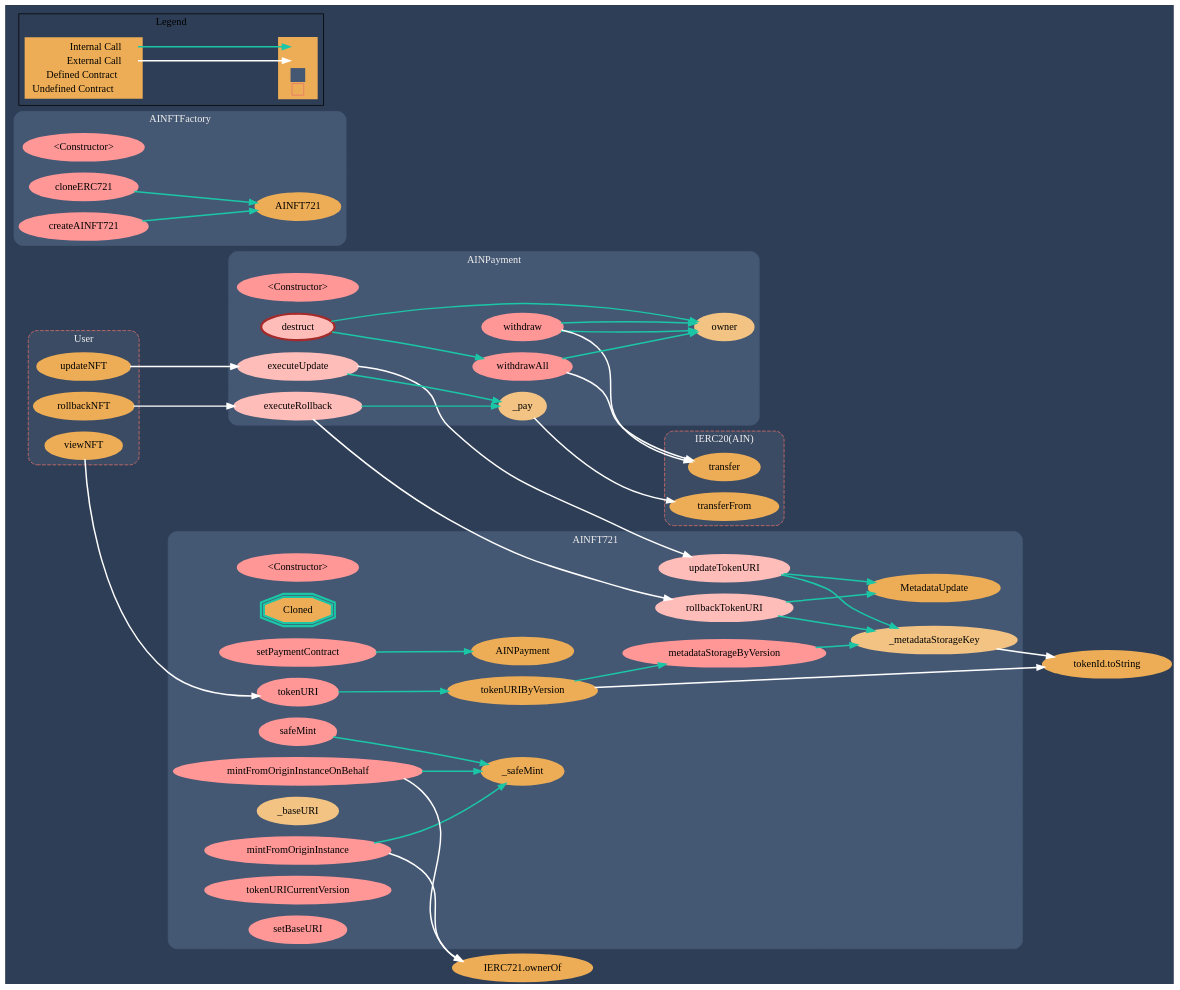
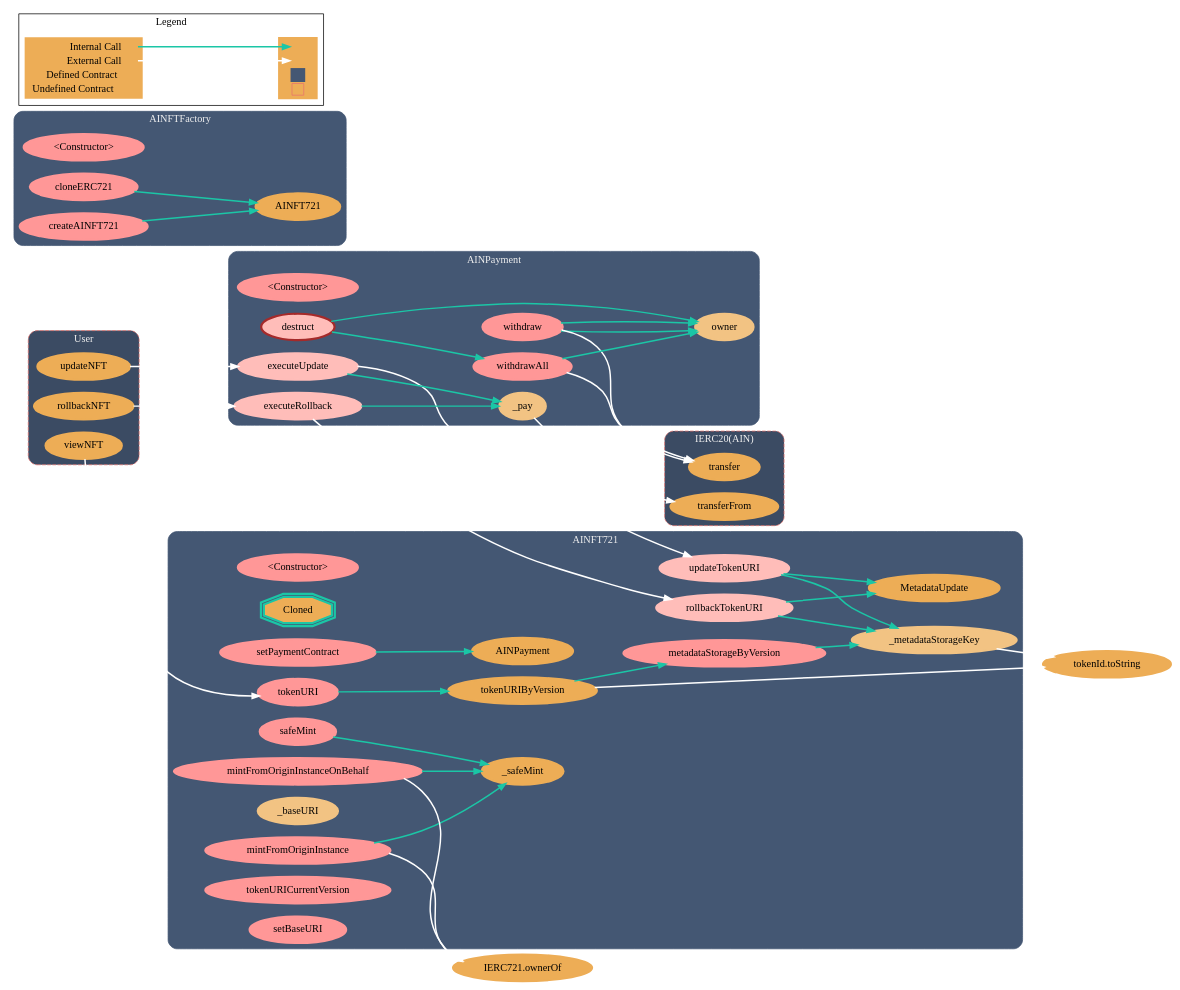
One commit to ainft-team/ainftize-contract changed the diagram in docs/callgraph/AINFT.gv. Above: the diagram before and after it, drawn with Graphviz. The commit also changed 1 other file, not shown here.

Commit message:
docs: revise the call graph

```diff
--- a/docs/callgraph/AINFT.gv
+++ b/docs/callgraph/AINFT.gv
@@ -1,153 +1,153 @@
 digraph G {
-  graph [ ratio = "auto", page = "100", compound =true, bgcolor = "#2e3e56" ];
+  graph [ ratio = "auto", page = "100", compound =true, bgcolor = "white" ];
   node [ style = "filled", fillcolor = "#edad56", color = "#edad56", penwidth =3 ];
   edge [ color = "#fcfcfc", penwidth =2, fontname = "helvetica Neue Ultra Light" ];
 subgraph "clusterAINFT721" {
   graph [ label = "AINFT721", color = "#445773", fontcolor = "#f0f0f0", style = "rounded", bgcolor = "#445773" ];
   "AINFT721.<Constructor>" [ label = "<Constructor>", color = "#FF9797", fillcolor = "#FF9797" ];
   "AINFT721.Cloned" [ label = "Cloned", color = "#1bc6a6", shape =doubleoctagon ];
   "AINFT721.mintFromOriginInstance" [ label = "mintFromOriginInstance", color = "#FF9797", fillcolor = "#FF9797" ];
   "AINFT721.mintFromOriginInstanceOnBehalf" [ label = "mintFromOriginInstanceOnBehalf", color = "#FF9797", fillcolor = "#FF9797" ];
   "AINFT721.setPaymentContract" [ label = "setPaymentContract", color = "#FF9797", fillcolor = "#FF9797" ];
   "AINFT721.safeMint" [ label = "safeMint", color = "#FF9797", fillcolor = "#FF9797" ];
   "AINFT721._baseURI" [ label = "_baseURI", color = "#f2c383", fillcolor = "#f2c383" ];
   "AINFT721.tokenURI" [ label = "tokenURI", color = "#FF9797", fillcolor = "#FF9797" ];
   "AINFT721._metadataStorageKey" [ label = "_metadataStorageKey", color = "#f2c383", fillcolor = "#f2c383" ];
   "AINFT721.metadataStorageByVersion" [ label = "metadataStorageByVersion", color = "#FF9797", fillcolor = "#FF9797" ];
   "AINFT721.tokenURICurrentVersion" [ label = "tokenURICurrentVersion", color = "#FF9797", fillcolor = "#FF9797" ];
   "AINFT721.tokenURIByVersion" [ label = "tokenURIByVersion" ];
   "AINFT721.setBaseURI" [ label = "setBaseURI", color = "#FF9797", fillcolor = "#FF9797" ];
   "AINFT721.updateTokenURI" [ label = "updateTokenURI", color = "#ffbdb9", fillcolor = "#ffbdb9" ];
   "AINFT721.rollbackTokenURI" [ label = "rollbackTokenURI", color = "#ffbdb9", fillcolor = "#ffbdb9" ];
   "AINFT721._safeMint" [ label = "_safeMint" ];
   "AINFT721.MetadataUpdate" [ label = "MetadataUpdate" ];
   "AINFT721.AINPayment" [ label = "AINPayment" ];
 
 }
 
 subgraph "clusterAINFTFactory" {
   graph [ label = "AINFTFactory", color = "#445773", fontcolor = "#f0f0f0", style = "rounded", bgcolor = "#445773" ];
   "AINFTFactory.<Constructor>" [ label = "<Constructor>", color = "#FF9797", fillcolor = "#FF9797" ];
   "AINFTFactory.cloneERC721" [ label = "cloneERC721", color = "#FF9797", fillcolor = "#FF9797" ];
   "AINFTFactory.createAINFT721" [ label = "createAINFT721", color = "#FF9797", fillcolor = "#FF9797" ];
   "AINFTFactory.address" [ label = "AINFT721" ];
 }
 
 subgraph "clusterAINPayment" {
   graph [ label = "AINPayment", color = "#445773", fontcolor = "#f0f0f0", style = "rounded", bgcolor = "#445773" ];
   "AINPayment.<Constructor>" [ label = "<Constructor>", color = "#FF9797", fillcolor = "#FF9797" ];
   "AINPayment._pay" [ label = "_pay", color = "#f2c383", fillcolor = "#f2c383" ];
   "AINPayment.executeUpdate" [ label = "executeUpdate", color = "#ffbdb9", fillcolor = "#ffbdb9" ];
   "AINPayment.executeRollback" [ label = "executeRollback", color = "#ffbdb9", fillcolor = "#ffbdb9" ];
   "AINPayment.withdraw" [ label = "withdraw", color = "#FF9797", fillcolor = "#FF9797" ];
   "AINPayment.withdrawAll" [ label = "withdrawAll", color = "#FF9797", fillcolor = "#FF9797" ];
   "AINPayment.destruct" [ label = "destruct", color = "brown", fillcolor = "#ffbdb9" ];
   "AINPayment.owner" [ label = "owner", color = "#f2c383", fillcolor = "#f2c383" ];
 }
 
 subgraph "clusterIERC20" {
   graph [ label = "IERC20(AIN)", color = "#e8726d", fontcolor = "#f0f0f0", style = "rounded,dashed", bgcolor = "#3b4b63" ];
   "IERC20.transferFrom" [ label = "transferFrom" ];
   "IERC20.transfer" [ label = "transfer" ];
 }
 
 subgraph "cluster_user" {
   graph [ label = "User", color = "#e8726d", fontcolor = "#f0f0f0", style = "rounded,dashed", bgcolor = "#3b4b63" ];
   "User.updateNFT" [label = "updateNFT"];
   "User.rollbackNFT" [label = "rollbackNFT"];
   "User.viewNFT" [label = "viewNFT"];
 }
 
   "AINFT721.<Constructor>";
   "AINFT721.AINPayment";
   "AINFT721.mintFromOriginInstance";
   "IERC721.ownerOf";
   "AINFT721._safeMint";
   "AINFT721.mintFromOriginInstanceOnBehalf";
   "AINFT721.setPaymentContract";
   "AINFT721.safeMint";
   "AINFT721.tokenURI";
   "AINFT721.tokenURIByVersion";
   "AINFT721._metadataStorageKey";
   "tokenId.toString";
   "AINFT721.metadataStorageByVersion";
   "AINFT721.tokenURICurrentVersion";
   "AINFT721.updateTokenURI";
   "AINFT721.MetadataUpdate";
   "AINFT721.rollbackTokenURI";
   "AINFTFactory.cloneERC721";
   "AINFTFactory.address";
   "AINFTFactory.createAINFT721";
   "AINPayment.<Constructor>";
   "AINPayment._pay";
   "IERC20.transferFrom";
   "AINPayment.executeUpdate";
   "AINPayment.executeRollback";
   "AINPayment.withdraw";
   "AINPayment.owner";
   "IERC20.transfer";
   "AINPayment.withdrawAll";
   "AINPayment.destruct";
   "User.updateNFT";
   "User.rollbackNFT";
   "User.viewNFT";
   "User.updateNFT" -> "AINPayment.executeUpdate" [ color = "white" ];
   "User.rollbackNFT" -> "AINPayment.executeRollback" [ color = "white" ];
   "User.viewNFT" -> "AINFT721.tokenURI" [ color = "white" ];
   "AINFT721.mintFromOriginInstance" -> "IERC721.ownerOf" [ color = "white" ];
   "AINFT721.mintFromOriginInstance" -> "AINFT721._safeMint" [ color = "#1bc6a6" ];
   "AINFT721.mintFromOriginInstanceOnBehalf" -> "IERC721.ownerOf" [ color = "white" ];
   "AINFT721.mintFromOriginInstanceOnBehalf" -> "AINFT721._safeMint" [ color = "#1bc6a6" ];
   "AINFT721.setPaymentContract" -> "AINFT721.AINPayment" [ color = "#1bc6a6" ];
   "AINFT721.safeMint" -> "AINFT721._safeMint" [ color = "#1bc6a6" ];
   "AINFT721.tokenURI" -> "AINFT721.tokenURIByVersion" [ color = "#1bc6a6" ];
   "AINFT721._metadataStorageKey" -> "tokenId.toString" [ color = "white" ];
   "AINFT721.metadataStorageByVersion" -> "AINFT721._metadataStorageKey" [ color = "#1bc6a6" ];
   "AINFT721.tokenURIByVersion" -> "tokenId.toString" [ color = "white" ];
   "AINFT721.tokenURIByVersion" -> "AINFT721.metadataStorageByVersion" [ color = "#1bc6a6" ];
   "AINFT721.updateTokenURI" -> "AINFT721._metadataStorageKey" [ color = "#1bc6a6" ];
   "AINFT721.updateTokenURI" -> "AINFT721.MetadataUpdate" [ color = "#1bc6a6" ];
   "AINFT721.rollbackTokenURI" -> "AINFT721._metadataStorageKey" [ color = "#1bc6a6" ];
   "AINFT721.rollbackTokenURI" -> "AINFT721.MetadataUpdate" [ color = "#1bc6a6" ];
   "AINFTFactory.cloneERC721" -> "AINFTFactory.address" [ color = "#1bc6a6" ];
   "AINFTFactory.createAINFT721" -> "AINFTFactory.address" [ color = "#1bc6a6" ];
   "AINPayment._pay" -> "IERC20.transferFrom" [ color = "white" ];
   "AINPayment.executeUpdate" -> "AINPayment._pay" [ color = "#1bc6a6" ];
   "AINPayment.executeUpdate" -> "AINFT721.updateTokenURI" [ color = "white" ];
   "AINPayment.executeRollback" -> "AINPayment._pay" [ color = "#1bc6a6" ];
   "AINPayment.executeRollback" -> "AINFT721.rollbackTokenURI" [ color = "white" ];
   "AINPayment.withdraw" -> "AINPayment.owner" [ color = "#1bc6a6" ];
   "AINPayment.withdraw" -> "IERC20.transfer" [ color = "white" ];
   "AINPayment.withdraw" -> "AINPayment.owner" [ color = "#1bc6a6" ];
   "AINPayment.withdrawAll" -> "AINPayment.owner" [ color = "#1bc6a6" ];
   "AINPayment.withdrawAll" -> "IERC20.transfer" [ color = "white" ];
   "AINPayment.destruct" -> "AINPayment.owner" [ color = "#1bc6a6" ];
   "AINPayment.destruct" -> "AINPayment.withdrawAll" [ color = "#1bc6a6" ];
 
 
 rankdir=LR
 node [shape=plaintext]
 subgraph cluster_01 { 
 label = "Legend";
 key [label=<<table border="0" cellpadding="2" cellspacing="0" cellborder="0">
   <tr><td align="right" port="i1">Internal Call</td></tr>
   <tr><td align="right" port="i2">External Call</td></tr>
   <tr><td align="right" port="i3">Defined Contract</td></tr>
   <tr><td align="right" port="i4">Undefined Contract</td></tr>
   </table>>]
 key2 [label=<<table border="0" cellpadding="2" cellspacing="0" cellborder="0">
   <tr><td port="i1">&nbsp;&nbsp;&nbsp;</td></tr>
   <tr><td port="i2">&nbsp;&nbsp;&nbsp;</td></tr>
   <tr><td port="i3" bgcolor="#445773">&nbsp;&nbsp;&nbsp;</td></tr>
   <tr><td port="i4">
     <table border="1" cellborder="0" cellspacing="0" cellpadding="7" color="#e8726d">
       <tr>
        <td></td>
       </tr>
      </table>
   </td></tr>
   </table>>]
 key:i1:e -> key2:i1:w [color="#1bc6a6"]
 key:i2:e -> key2:i2:w [color="white"]
 }
 }
```
